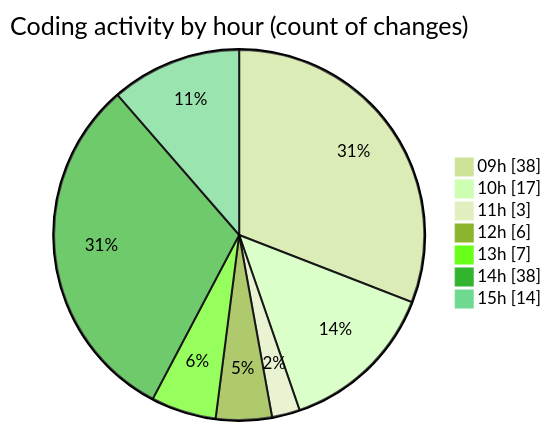
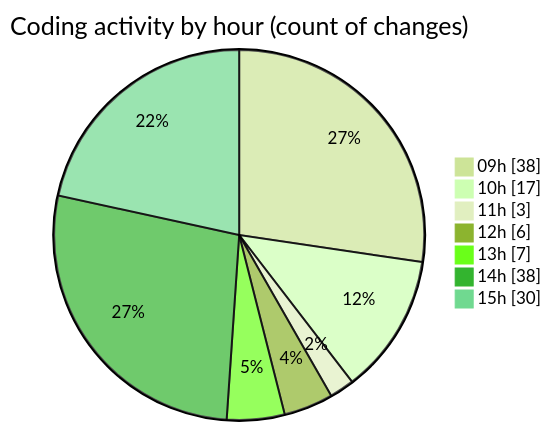
One commit to momahboobian/code-tracking changed the second of 2 diagrams in 2026-10-22/cda/README.md. Above: the diagram before and after it, drawn with Mermaid (forest theme). The commit also changed other lines of this file and 1 other file, not shown here.

````diff
--- a/2026-10-22/cda/README.md
+++ b/2026-10-22/cda/README.md
@@ -51,11 +64,11 @@
 ```mermaid
 pie showData
 title Coding activity by hour (count of changes)
 "09h" : 38
 "10h" : 17
 "11h" : 3
 "12h" : 6
 "13h" : 7
 "14h" : 38
-"15h" : 14
+"15h" : 30
 ```
````
